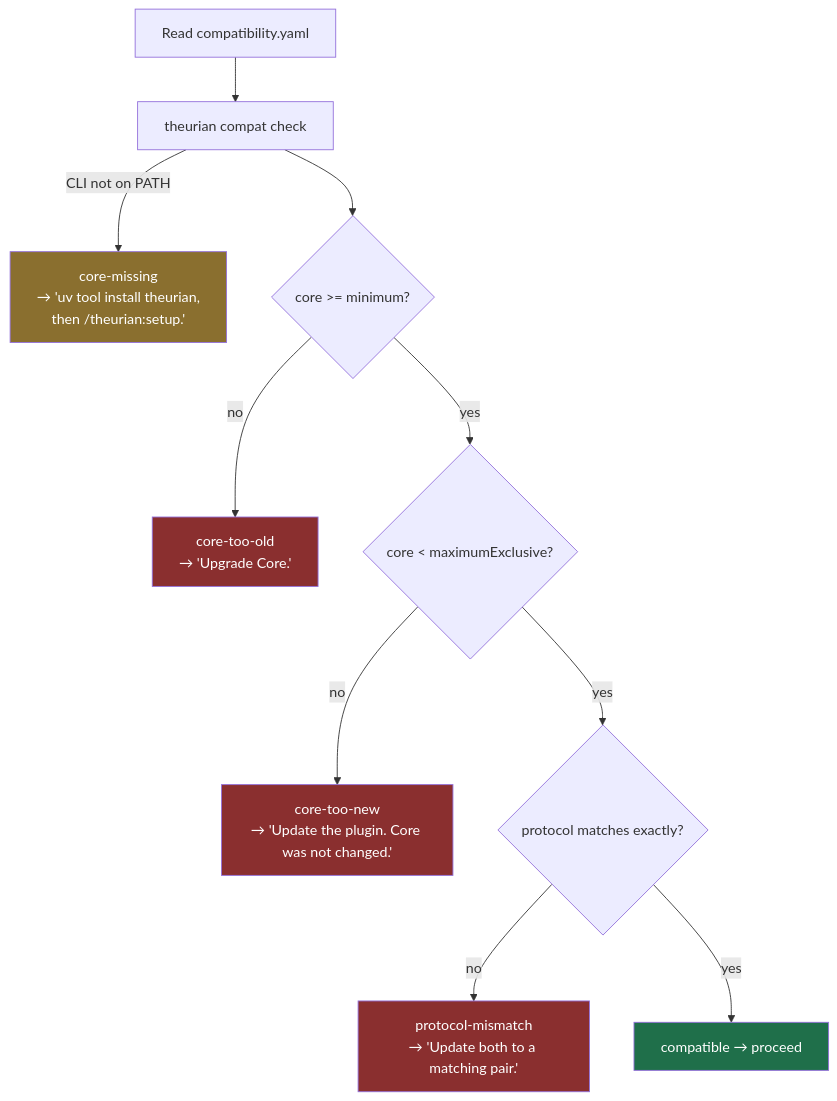
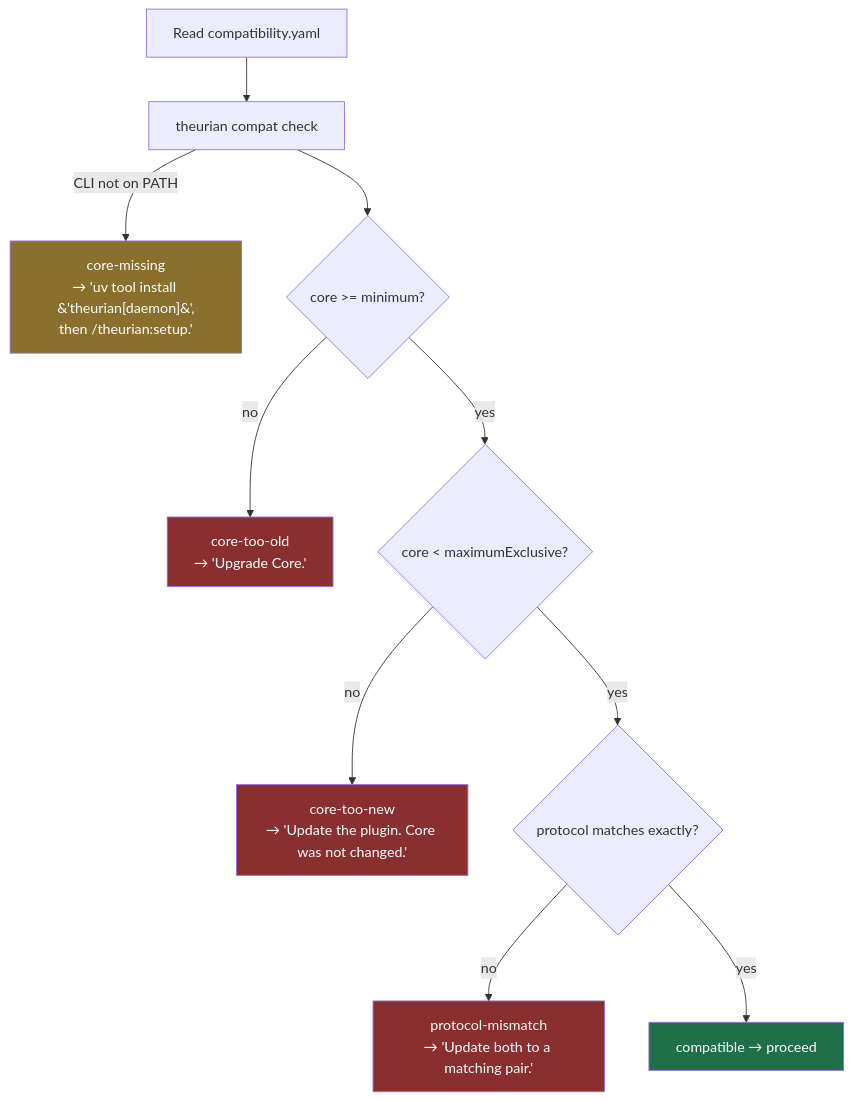
Before and after one commit to theurian/theurian: the diagram in docs/protocol/plugin-core-compatibility.md, drawn with Mermaid. The commit also changed other lines of this file and 10 other files, not shown here.

````diff
--- a/docs/protocol/plugin-core-compatibility.md
+++ b/docs/protocol/plugin-core-compatibility.md
@@ -128,18 +128,18 @@
 ```mermaid
 flowchart TD
     A["Read compatibility.yaml"] --> B["theurian compat check"]
-    B -->|"CLI not on PATH"| Z1["core-missing<br/>→ 'uv tool install theurian,<br/>then /theurian:setup.'"]
+    B -->|"CLI not on PATH"| Z1["core-missing<br/>→ 'uv tool install &#39;theurian[daemon]&#39;,<br/>then /theurian:setup.'"]
     B --> C{"core >= minimum?"}
     C -->|no| Z2["core-too-old<br/>→ 'Upgrade Core.'"]
     C -->|yes| D{"core < maximumExclusive?"}
     D -->|no| Z3["core-too-new<br/>→ 'Update the plugin. Core was not changed.'"]
     D -->|yes| E{"protocol matches exactly?"}
     E -->|no| Z4["protocol-mismatch<br/>→ 'Update both to a matching pair.'"]
     E -->|yes| F["compatible → proceed"]
 
     style F fill:#1f6f4a,color:#fff
     style Z1 fill:#8a6f2f,color:#fff
     style Z2 fill:#8a2f2f,color:#fff
     style Z3 fill:#8a2f2f,color:#fff
     style Z4 fill:#8a2f2f,color:#fff
 ```
````
